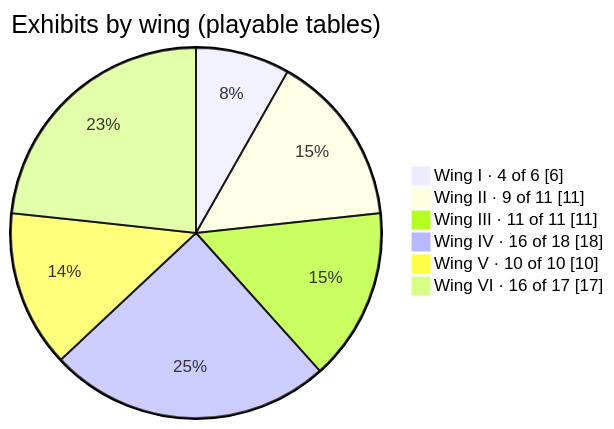
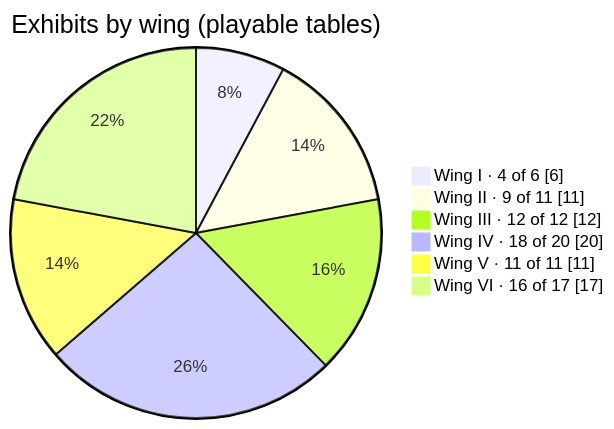
One commit to CptNope/Librarium-Archives changed the first of 8 diagrams in docs/exhibits.md. Above: the diagram before and after it, drawn with Mermaid. The commit also changed other lines of this file and 47 other files, not shown here.

````diff
--- a/docs/exhibits.md
+++ b/docs/exhibits.md
@@ -7,10 +7,10 @@
 ```mermaid
 pie showData
     title Exhibits by wing (playable tables)
     "Wing I · 4 of 6" : 6
     "Wing II · 9 of 11" : 11
-    "Wing III · 11 of 11" : 11
-    "Wing IV · 16 of 18" : 18
-    "Wing V · 10 of 10" : 10
+    "Wing III · 12 of 12" : 12
+    "Wing IV · 18 of 20" : 20
+    "Wing V · 11 of 11" : 11
     "Wing VI · 16 of 17" : 17
 ```
````
